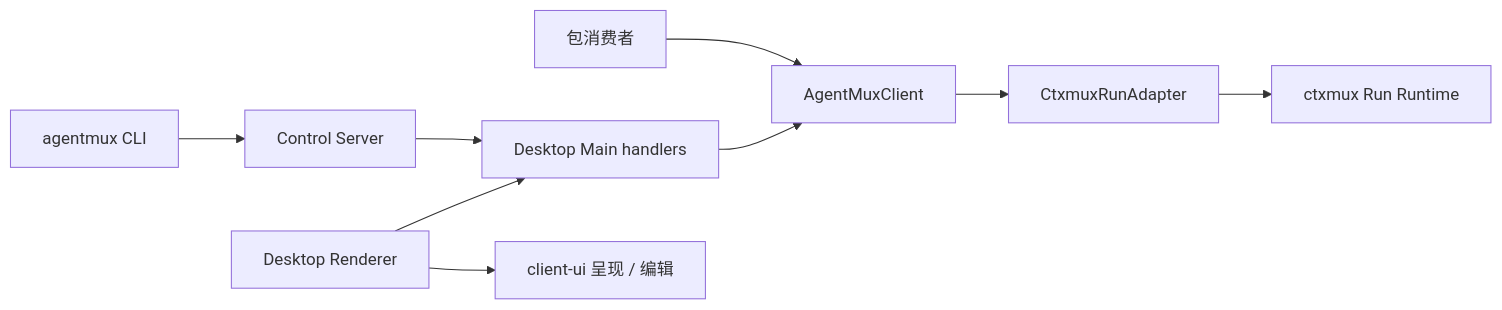
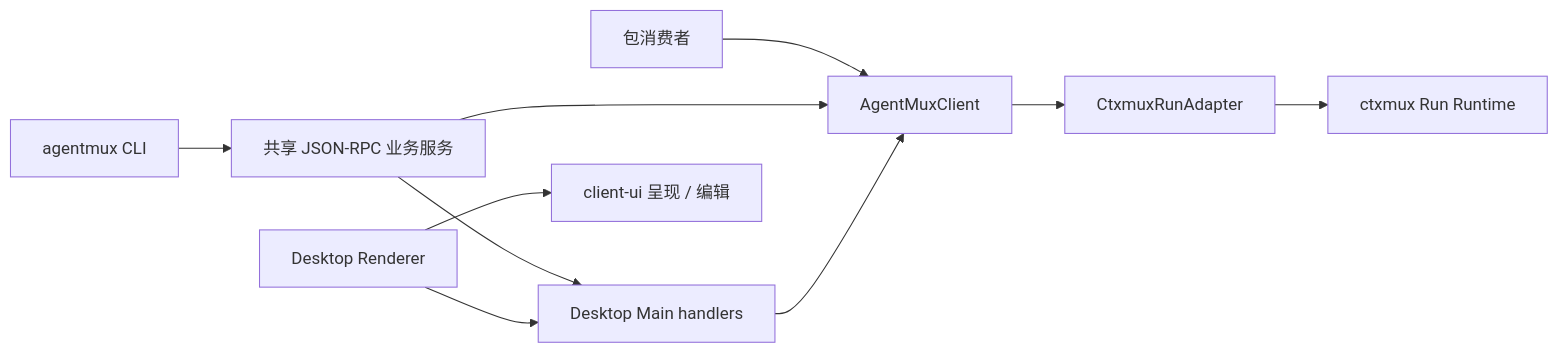
One commit to bagakit/agentmux changed the diagram in docs/architecture/system-ownership.md. Above: the diagram before and after it, drawn with Mermaid. The commit also changed other lines of this file and 3 other files, not shown here.

````diff
--- a/docs/architecture/system-ownership.md
+++ b/docs/architecture/system-ownership.md
@@ -38,11 +38,12 @@
 ```mermaid
 flowchart LR
   Package["包消费者"] --> Core["AgentMuxClient"]
-  CLI["agentmux CLI"] --> Control["Control Server"]
-  Control --> Main["Desktop Main handlers"]
+  CLI["agentmux CLI"] --> Service["共享 JSON-RPC 业务服务"]
+  Service --> Main["Desktop Main handlers"]
+  Service --> Core
   Renderer["Desktop Renderer"] --> Main
   Renderer --> SharedUI["client-ui 呈现 / 编辑"]
   Main --> Core
   Core --> Adapter["CtxmuxRunAdapter"]
   Adapter --> Runtime["ctxmux Run Runtime"]
 ```
````
